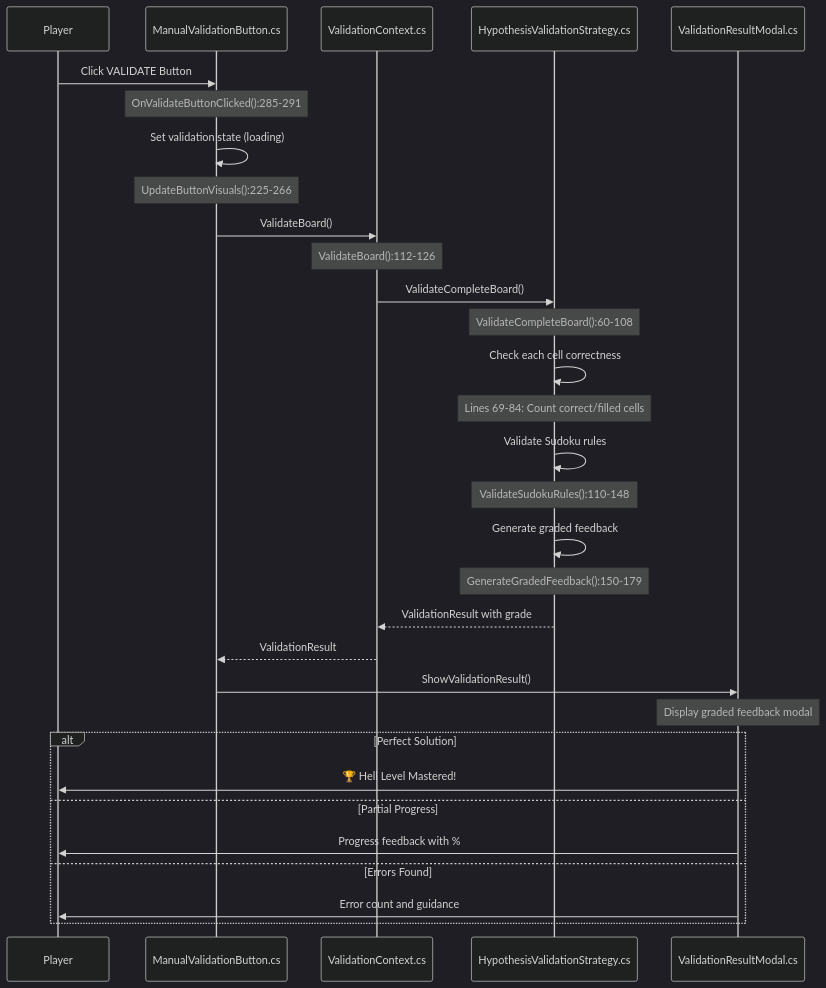
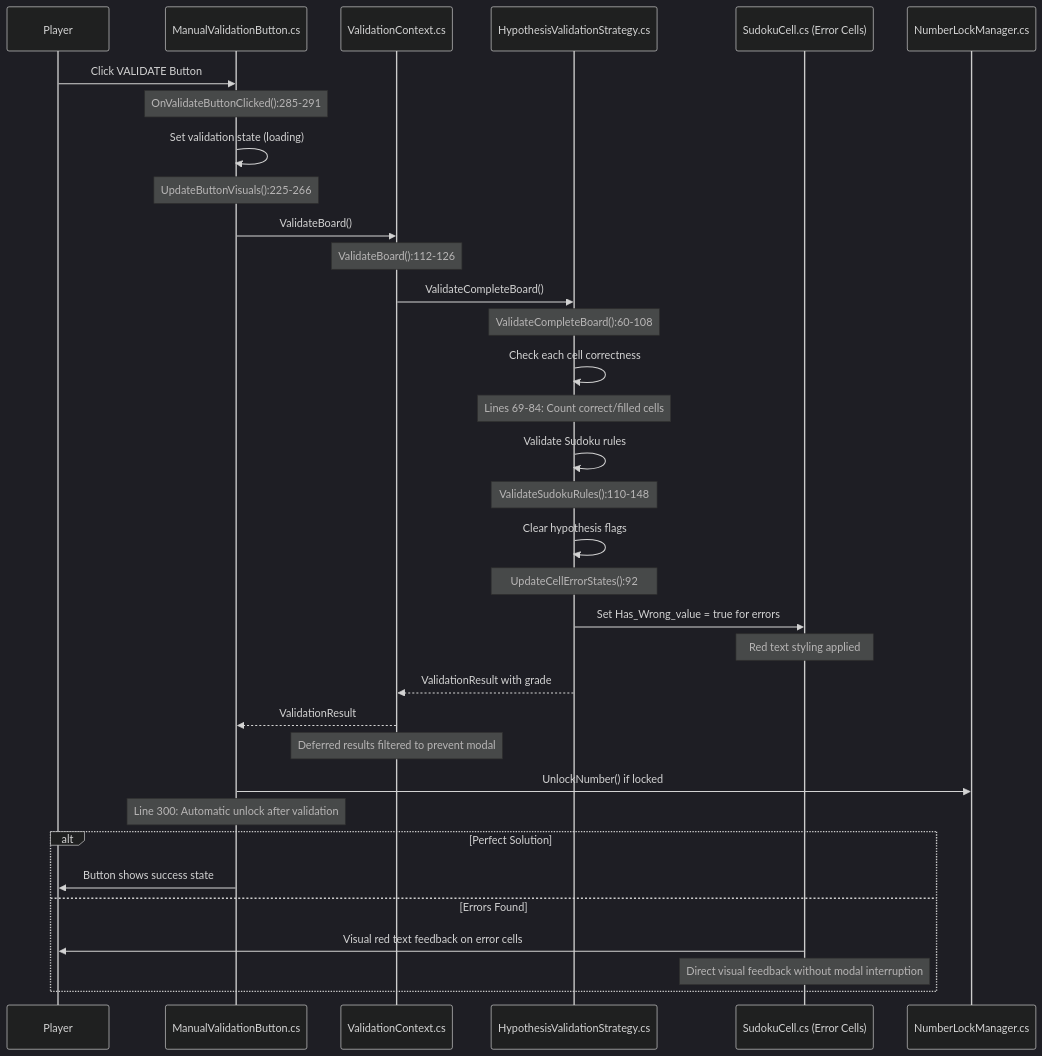
Before and after one commit to cloudaipro/SudokuMaster: the ninth of 19 diagrams in SudokuMaster_GameFlow_Documentation.md, drawn with Mermaid (dark theme). The commit also changed other lines of this file and 4 other files, not shown here.

````diff
--- a/SudokuMaster_GameFlow_Documentation.md
+++ b/SudokuMaster_GameFlow_Documentation.md
@@ -366,39 +368,42 @@
 ```mermaid
 sequenceDiagram
     participant Player
     participant ManualValidationButton as ManualValidationButton.cs
     participant ValidationContext as ValidationContext.cs
     participant HypothesisStrategy as HypothesisValidationStrategy.cs
-    participant ValidationModal as ValidationResultModal.cs
+    participant SudokuCells as SudokuCell.cs (Error Cells)
+    participant NumberLockManager as NumberLockManager.cs
     
     Player->>ManualValidationButton: Click VALIDATE Button
     Note over ManualValidationButton: OnValidateButtonClicked():285-291
     ManualValidationButton->>ManualValidationButton: Set validation state (loading)
     Note over ManualValidationButton: UpdateButtonVisuals():225-266
     
     ManualValidationButton->>ValidationContext: ValidateBoard()
     Note over ValidationContext: ValidateBoard():112-126
     ValidationContext->>HypothesisStrategy: ValidateCompleteBoard()
     Note over HypothesisStrategy: ValidateCompleteBoard():60-108
     
     HypothesisStrategy->>HypothesisStrategy: Check each cell correctness
     Note over HypothesisStrategy: Lines 69-84: Count correct/filled cells
     HypothesisStrategy->>HypothesisStrategy: Validate Sudoku rules
     Note over HypothesisStrategy: ValidateSudokuRules():110-148
-    HypothesisStrategy->>HypothesisStrategy: Generate graded feedback
-    Note over HypothesisStrategy: GenerateGradedFeedback():150-179
+    HypothesisStrategy->>HypothesisStrategy: Clear hypothesis flags
+    Note over HypothesisStrategy: UpdateCellErrorStates():92
+    HypothesisStrategy->>SudokuCells: Set Has_Wrong_value = true for errors
+    Note over SudokuCells: Red text styling applied
     
     HypothesisStrategy-->>ValidationContext: ValidationResult with grade
     ValidationContext-->>ManualValidationButton: ValidationResult
+    Note over ValidationContext: Deferred results filtered to prevent modal
     
-    ManualValidationButton->>ValidationModal: ShowValidationResult()
-    Note over ValidationModal: Display graded feedback modal
+    ManualValidationButton->>NumberLockManager: UnlockNumber() if locked
+    Note over ManualValidationButton: Line 300: Automatic unlock after validation
     
     alt Perfect Solution
-        ValidationModal->>Player: 🏆 Hell Level Mastered!
-    else Partial Progress
-        ValidationModal->>Player: Progress feedback with %
+        ManualValidationButton->>Player: Button shows success state
     else Errors Found
-        ValidationModal->>Player: Error count and guidance
+        SudokuCells->>Player: Visual red text feedback on error cells
+        Note over SudokuCells: Direct visual feedback without modal interruption
     end
 ```
````
